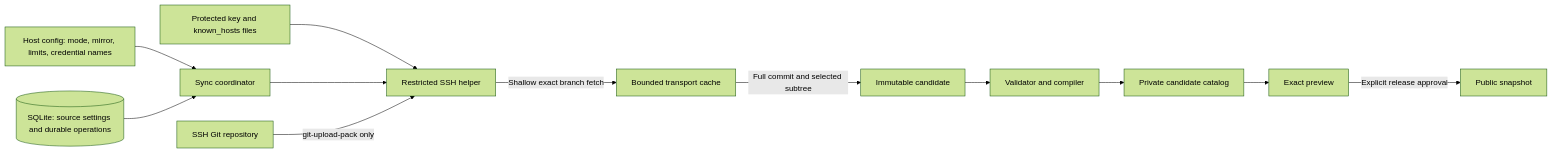
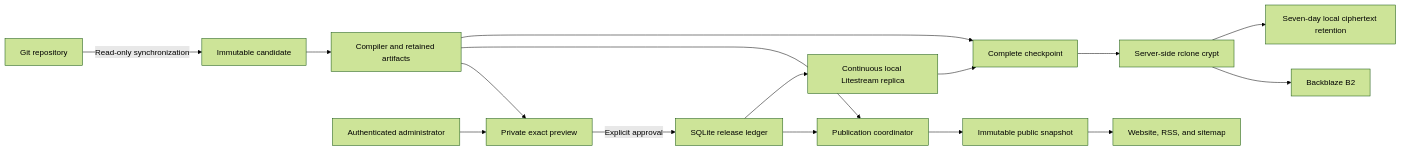
Before and after one commit to tee8z/maincopy: the first of 2 diagrams in docs/design.md, drawn with Mermaid (forest theme). The commit also changed other lines of this file and 11 other files, not shown here.

````diff
--- a/docs/design.md
+++ b/docs/design.md
@@ -246,14 +12,18 @@
 ```mermaid
 flowchart LR
-    Host[Host config: mode, mirror, limits, credential names] --> Sync[Sync coordinator]
-    Secrets[Protected key and known_hosts files] --> SSH[Restricted SSH helper]
-    DB[(SQLite: source settings and durable operations)] --> Sync
-    Sync --> SSH
-    Remote[SSH Git repository] -->|git-upload-pack only| SSH
-    SSH -->|Shallow exact branch fetch| Mirror[Bounded transport cache]
-    Mirror -->|Full commit and selected subtree| Candidate[Immutable candidate]
-    Candidate --> Compiler[Validator and compiler]
-    Compiler --> Catalog[Private candidate catalog]
-    Catalog --> Preview[Exact preview]
-    Preview -->|Explicit release approval| Public[Public snapshot]
+    Git[Git repository] -->|Read-only synchronization| Candidate[Immutable candidate]
+    Candidate --> Compiler[Compiler and retained artifacts]
+    Compiler --> Preview[Private exact preview]
+    Admin[Authenticated administrator] --> Preview
+    Preview -->|Explicit approval| Ledger[SQLite release ledger]
+    Ledger --> Activation[Publication coordinator]
+    Compiler --> Activation
+    Activation --> Snapshot[Immutable public snapshot]
+    Snapshot --> Public[Website, RSS, and sitemap]
+    Ledger --> Litestream[Continuous local Litestream replica]
+    Litestream --> Checkpoint[Complete checkpoint]
+    Compiler --> Checkpoint
+    Checkpoint --> Encryption[Server-side rclone crypt]
+    Encryption --> B2[Backblaze B2]
+    Encryption --> Local[Seven-day local ciphertext retention]
 ```
````
